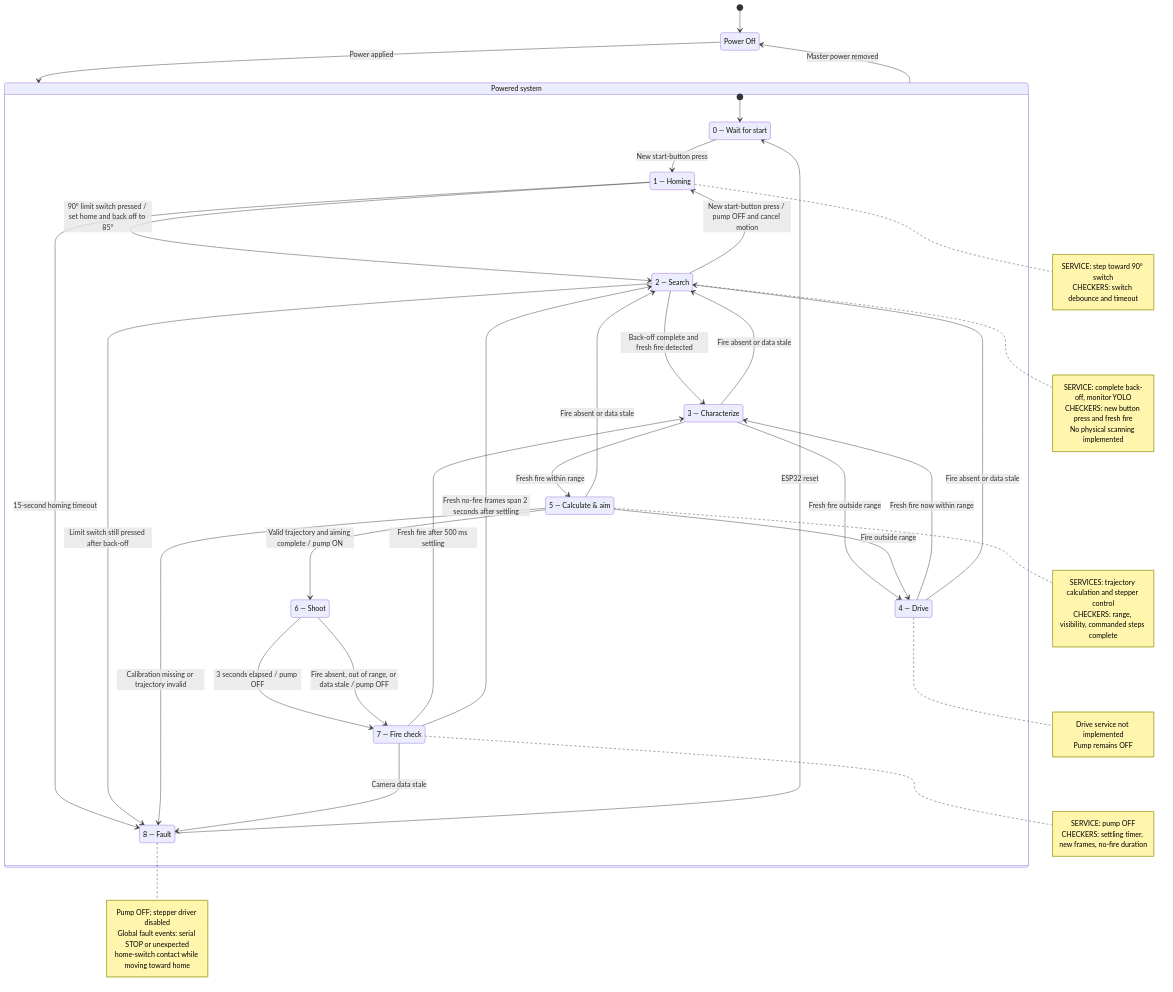
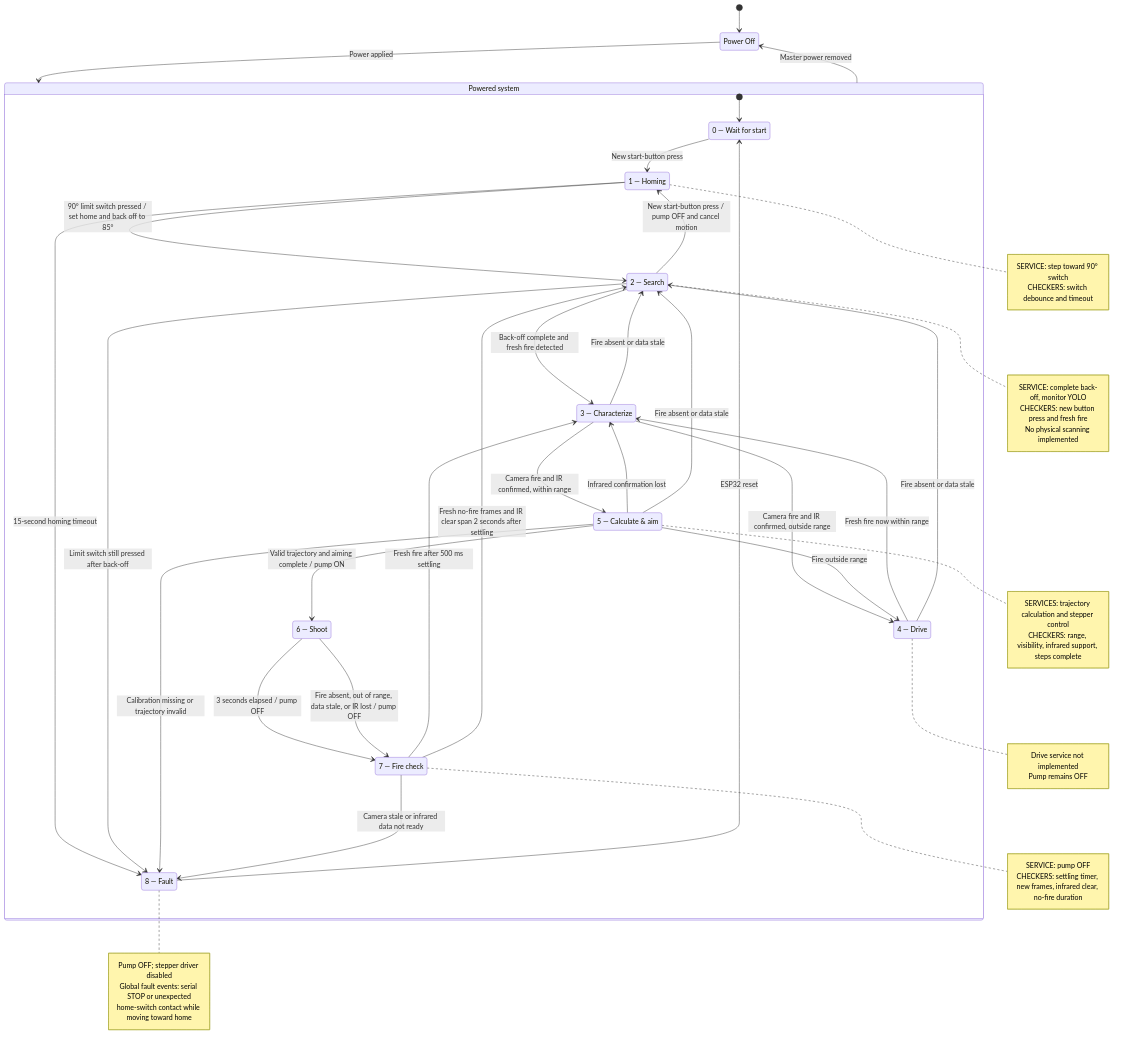
Before and after one commit to huitaehan/ME102B: the diagram in firmware/esp32/state-diagram.md, drawn with Mermaid. The commit also changed other lines of this file and 3 other files, not shown here.

````diff
--- a/firmware/esp32/state-diagram.md
+++ b/firmware/esp32/state-diagram.md
@@ -6,70 +6,71 @@
 ```mermaid
 stateDiagram-v2
     direction TB
     state "Power Off" as Off
     [*] --> Off
     Off --> Powered: Power applied
     Powered --> Off: Master power removed
 
     state "Powered system" as Powered {
         [*] --> Wait
         state "0 — Wait for start" as Wait
         state "1 — Homing" as Home
         state "2 — Search" as Search
         state "3 — Characterize" as Characterize
         state "4 — Drive" as Drive
         state "5 — Calculate & aim" as Aim
         state "6 — Shoot" as Shoot
         state "7 — Fire check" as Check
         state "8 — Fault" as Fault
 
         Wait --> Home: New start-button press
         Home --> Search: 90° limit switch pressed / set home and back off to 85°
         Home --> Fault: 15-second homing timeout
         Search --> Home: New start-button press / pump OFF and cancel motion
         Search --> Characterize: Back-off complete and fresh fire detected
         Search --> Fault: Limit switch still pressed after back-off
-        Characterize --> Aim: Fresh fire within range
-        Characterize --> Drive: Fresh fire outside range
+        Characterize --> Aim: Camera fire and IR confirmed, within range
+        Characterize --> Drive: Camera fire and IR confirmed, outside range
         Characterize --> Search: Fire absent or data stale
         Drive --> Characterize: Fresh fire now within range
         Drive --> Search: Fire absent or data stale
         Aim --> Shoot: Valid trajectory and aiming complete / pump ON
         Aim --> Fault: Calibration missing or trajectory invalid
+        Aim --> Characterize: Infrared confirmation lost
         Aim --> Drive: Fire outside range
         Aim --> Search: Fire absent or data stale
         Shoot --> Check: 3 seconds elapsed / pump OFF
-        Shoot --> Check: Fire absent, out of range, or data stale / pump OFF
+        Shoot --> Check: Fire absent, out of range, data stale, or IR lost / pump OFF
         Check --> Characterize: Fresh fire after 500 ms settling
-        Check --> Search: Fresh no-fire frames span 2 seconds after settling
-        Check --> Fault: Camera data stale
+        Check --> Search: Fresh no-fire frames and IR clear span 2 seconds after settling
+        Check --> Fault: Camera stale or infrared data not ready
         Fault --> Wait: ESP32 reset
 
         note right of Home
             SERVICE: step toward 90° switch
             CHECKERS: switch debounce and timeout
         end note
         note right of Search
             SERVICE: complete back-off, monitor YOLO
             CHECKERS: new button press and fresh fire
             No physical scanning implemented
         end note
         note right of Drive
             Drive service not implemented
             Pump remains OFF
         end note
         note right of Aim
             SERVICES: trajectory calculation and stepper control
-            CHECKERS: range, visibility, commanded steps complete
+            CHECKERS: range, visibility, infrared support, steps complete
         end note
         note right of Check
             SERVICE: pump OFF
-            CHECKERS: settling timer, new frames, no-fire duration
+            CHECKERS: settling timer, new frames, infrared clear, no-fire duration
         end note
         note right of Fault
             Pump OFF; stepper driver disabled
             Global fault events: serial STOP or unexpected
             home-switch contact while moving toward home
         end note
     }
 ```
````
